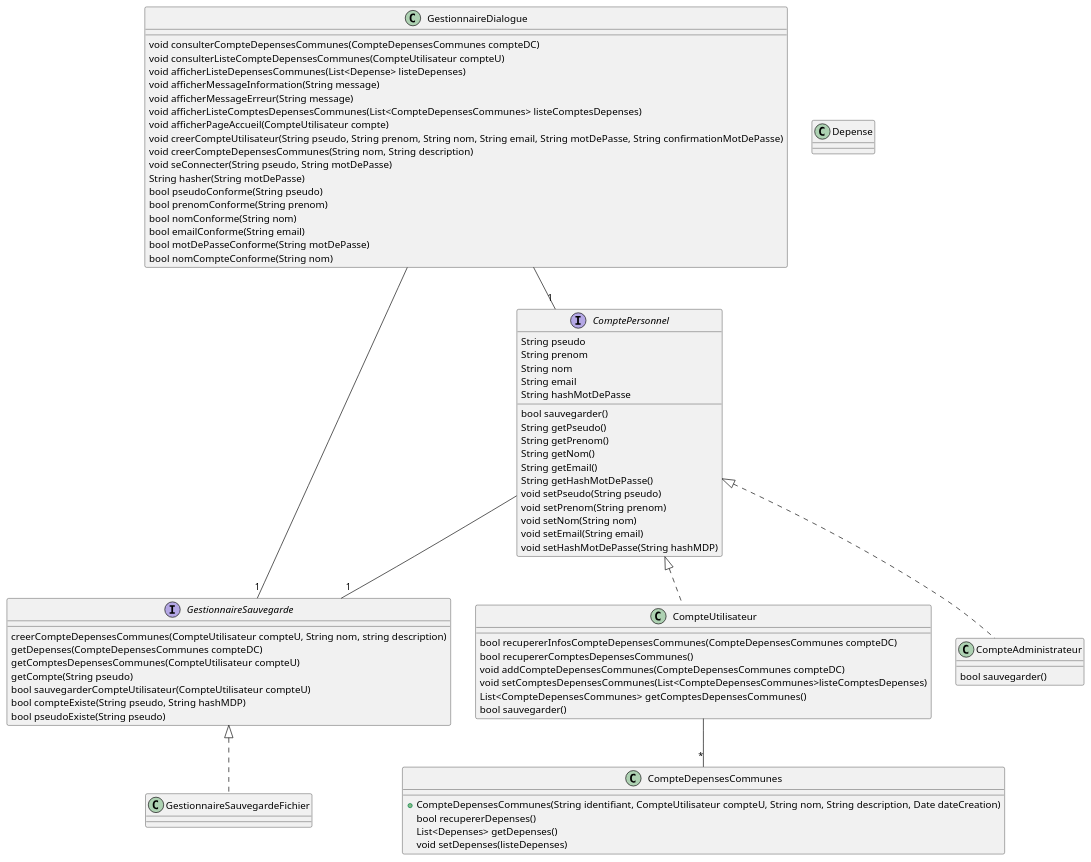
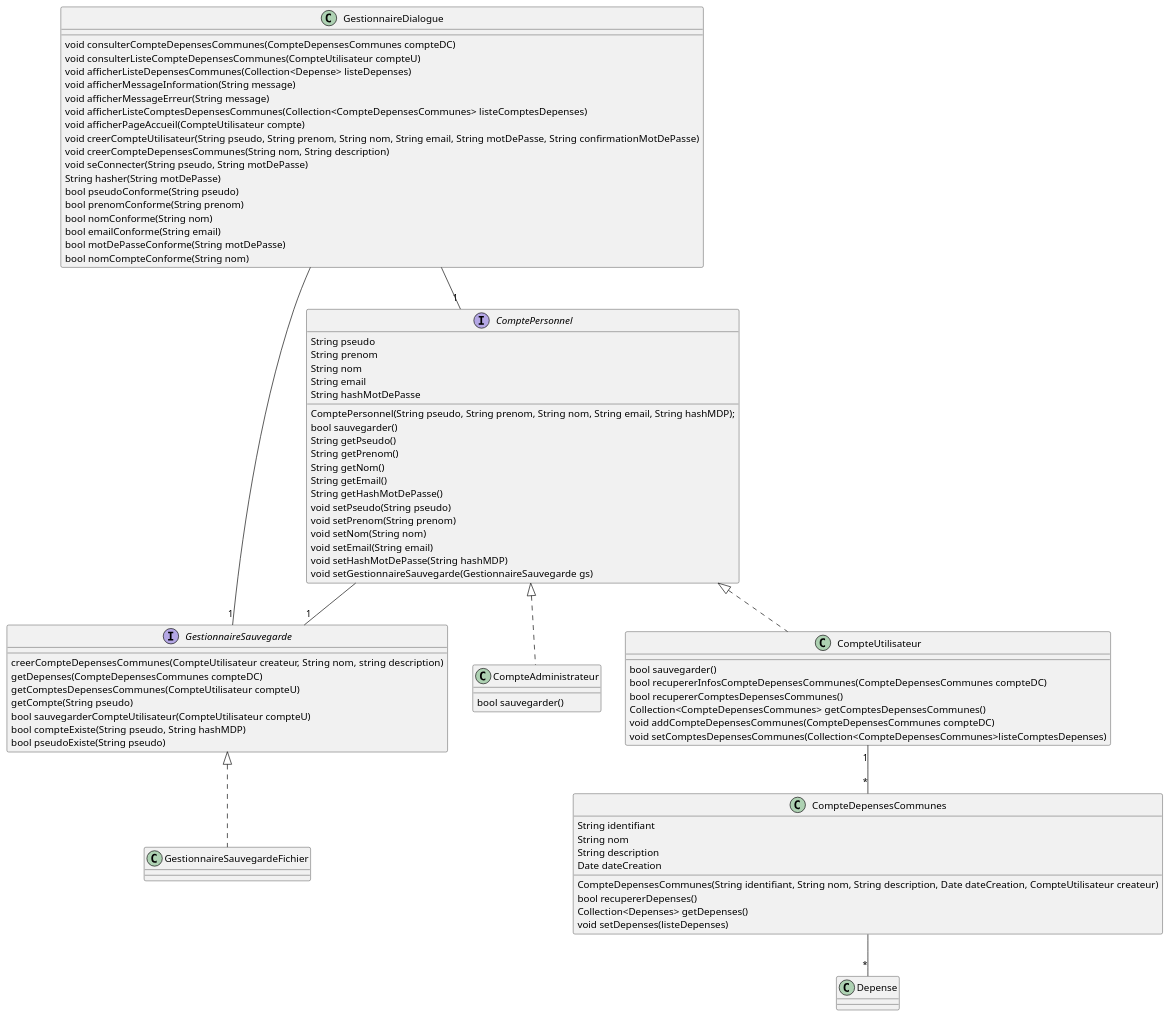
Before and after one commit to lmtb06/sharecount: the diagram in diagrammes/conception/classes.puml, drawn with PlantUML. The commit also changed 4 other files, not shown here.

Commit message:
-Mise à jour diagramme de classe -Mise à jour definition des classes CompteUtilisateur et de CompteDepensesCommunes

```diff
--- a/diagrammes/conception/classes.puml
+++ b/diagrammes/conception/classes.puml
@@ -1,85 +1,92 @@
 @startuml Classes
 
 	class GestionnaireDialogue {
 		void consulterCompteDepensesCommunes(CompteDepensesCommunes compteDC)
 		void consulterListeCompteDepensesCommunes(CompteUtilisateur compteU)
-		void afficherListeDepensesCommunes(List<Depense> listeDepenses)
+		void afficherListeDepensesCommunes(Collection<Depense> listeDepenses)
 		void afficherMessageInformation(String message)
 		void afficherMessageErreur(String message)
-		void afficherListeComptesDepensesCommunes(List<CompteDepensesCommunes> listeComptesDepenses)
+		void afficherListeComptesDepensesCommunes(Collection<CompteDepensesCommunes> listeComptesDepenses)
 		void afficherPageAccueil(CompteUtilisateur compte)
 		void creerCompteUtilisateur(String pseudo, String prenom, String nom, String email, String motDePasse, String confirmationMotDePasse)
 		void creerCompteDepensesCommunes(String nom, String description)
 		void seConnecter(String pseudo, String motDePasse)
 		String hasher(String motDePasse)
 		bool pseudoConforme(String pseudo)
 		bool prenomConforme(String prenom)
 		bool nomConforme(String nom)
 		bool emailConforme(String email)
 		bool motDePasseConforme(String motDePasse)
 		bool nomCompteConforme(String nom)
 	}
 	GestionnaireDialogue --"1" ComptePersonnel
 	GestionnaireDialogue --"1" GestionnaireSauvegarde
 
 	interface GestionnaireSauvegarde {
-		creerCompteDepensesCommunes(CompteUtilisateur compteU, String nom, string description)
+		creerCompteDepensesCommunes(CompteUtilisateur createur, String nom, string description)
 		getDepenses(CompteDepensesCommunes compteDC)
 		getComptesDepensesCommunes(CompteUtilisateur compteU)
 		getCompte(String pseudo)
 		bool sauvegarderCompteUtilisateur(CompteUtilisateur compteU)
 		bool compteExiste(String pseudo, String hashMDP)
 		bool pseudoExiste(String pseudo)
 	}
 
 	class GestionnaireSauvegardeFichier implements GestionnaireSauvegarde {
 
 	}
 
-	class CompteUtilisateur implements ComptePersonnel {
-		bool recupererInfosCompteDepensesCommunes(CompteDepensesCommunes compteDC)
-		bool recupererComptesDepensesCommunes()
-		void addCompteDepensesCommunes(CompteDepensesCommunes compteDC)
-		void setComptesDepensesCommunes(List<CompteDepensesCommunes>listeComptesDepenses)
-		List<CompteDepensesCommunes>  getComptesDepensesCommunes()
-		bool sauvegarder()
-	}
-	CompteUtilisateur --"*" CompteDepensesCommunes
-
-
-	class CompteAdministrateur implements ComptePersonnel {
-		bool sauvegarder()
-	}
-
 	interface ComptePersonnel {
 		String pseudo
 		String prenom
 		String nom
 		String email
 		String hashMotDePasse
+		ComptePersonnel(String pseudo, String prenom, String nom, String email, String hashMDP);
 		bool sauvegarder()
 		String getPseudo()
 		String getPrenom()
 		String getNom()
 		String getEmail()
 		String getHashMotDePasse()
 		void setPseudo(String pseudo)
 		void setPrenom(String prenom)
 		void setNom(String nom)
 		void setEmail(String email)
 		void setHashMotDePasse(String hashMDP)
+		void setGestionnaireSauvegarde(GestionnaireSauvegarde gs)
 	}
 	ComptePersonnel --"1" GestionnaireSauvegarde
 
+	class CompteAdministrateur implements ComptePersonnel {
+		bool sauvegarder()
+	}
+
+
+	class CompteUtilisateur implements ComptePersonnel {
+		bool sauvegarder()
+		bool recupererInfosCompteDepensesCommunes(CompteDepensesCommunes compteDC)
+		bool recupererComptesDepensesCommunes()
+		Collection<CompteDepensesCommunes>  getComptesDepensesCommunes()
+		void addCompteDepensesCommunes(CompteDepensesCommunes compteDC)
+		void setComptesDepensesCommunes(Collection<CompteDepensesCommunes>listeComptesDepenses)
+	}
+	CompteUtilisateur "1"--"*" CompteDepensesCommunes
+
 	class CompteDepensesCommunes {
-		+CompteDepensesCommunes(String identifiant, CompteUtilisateur compteU, String nom, String description, Date dateCreation)
+		String identifiant
+		String nom
+		String description
+		Date dateCreation
+		CompteDepensesCommunes(String identifiant, String nom, String description, Date dateCreation, CompteUtilisateur createur)
 		bool recupererDepenses()
-		List<Depenses> getDepenses()
+		Collection<Depenses> getDepenses()
 		void setDepenses(listeDepenses)
 	}
+	CompteDepensesCommunes --"*" Depense
 
 	class Depense {
 
 	}
 
 @enduml
```
